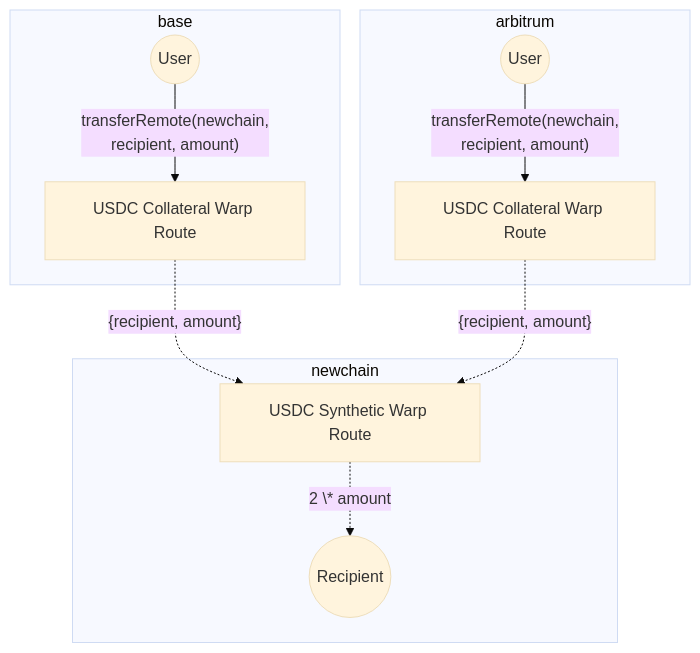
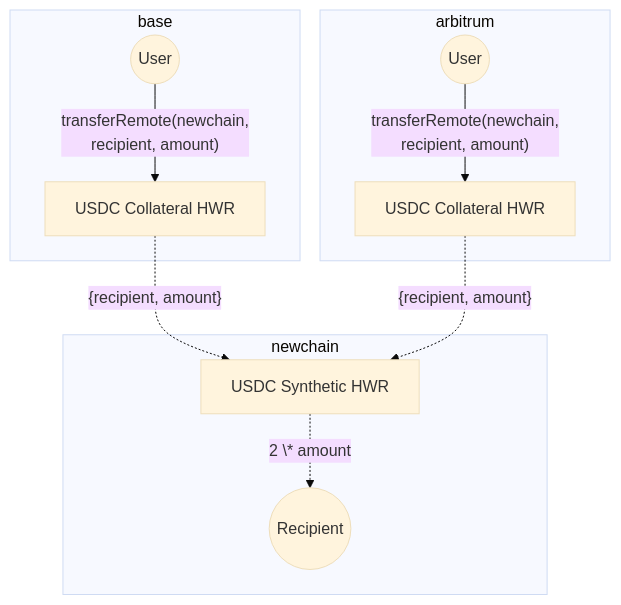
One commit to hyperlane-xyz/v4-docs changed the diagram in docs/applications/warp-routes/multi-collateral-warp-routes.mdx. Above: the diagram before and after it, drawn with Mermaid (base theme). The commit also changed other lines of this file and 34 other files, not shown here.

Commit message:
chore: chnage warp routes to hyperlane warp routes (hwr)

````diff
--- a/docs/applications/warp-routes/multi-collateral-warp-routes.mdx
+++ b/docs/applications/warp-routes/multi-collateral-warp-routes.mdx
@@ -28,20 +28,20 @@
 ```mermaid
 flowchart
     subgraph base
     BU((User))
-    BWR[USDC Collateral Warp Route]
+    BWR[USDC Collateral HWR]
     end
     subgraph arbitrum
     AU((User))
-    AWR[USDC Collateral Warp Route]
+    AWR[USDC Collateral HWR]
     end
     subgraph newchain
-    NWR[USDC Synthetic Warp Route]
+    NWR[USDC Synthetic HWR]
     Recipient((Recipient))
     end
     BU -- "transferRemote(newchain,<br>recipient, amount)" --> BWR
     BWR -. "{recipient, amount}" .-> NWR
     AU -- "transferRemote(newchain,<br>recipient, amount)" --> AWR
     AWR -. "{recipient, amount}" .-> NWR
     NWR -. "2 \* amount" .-> Recipient
 ```
````
